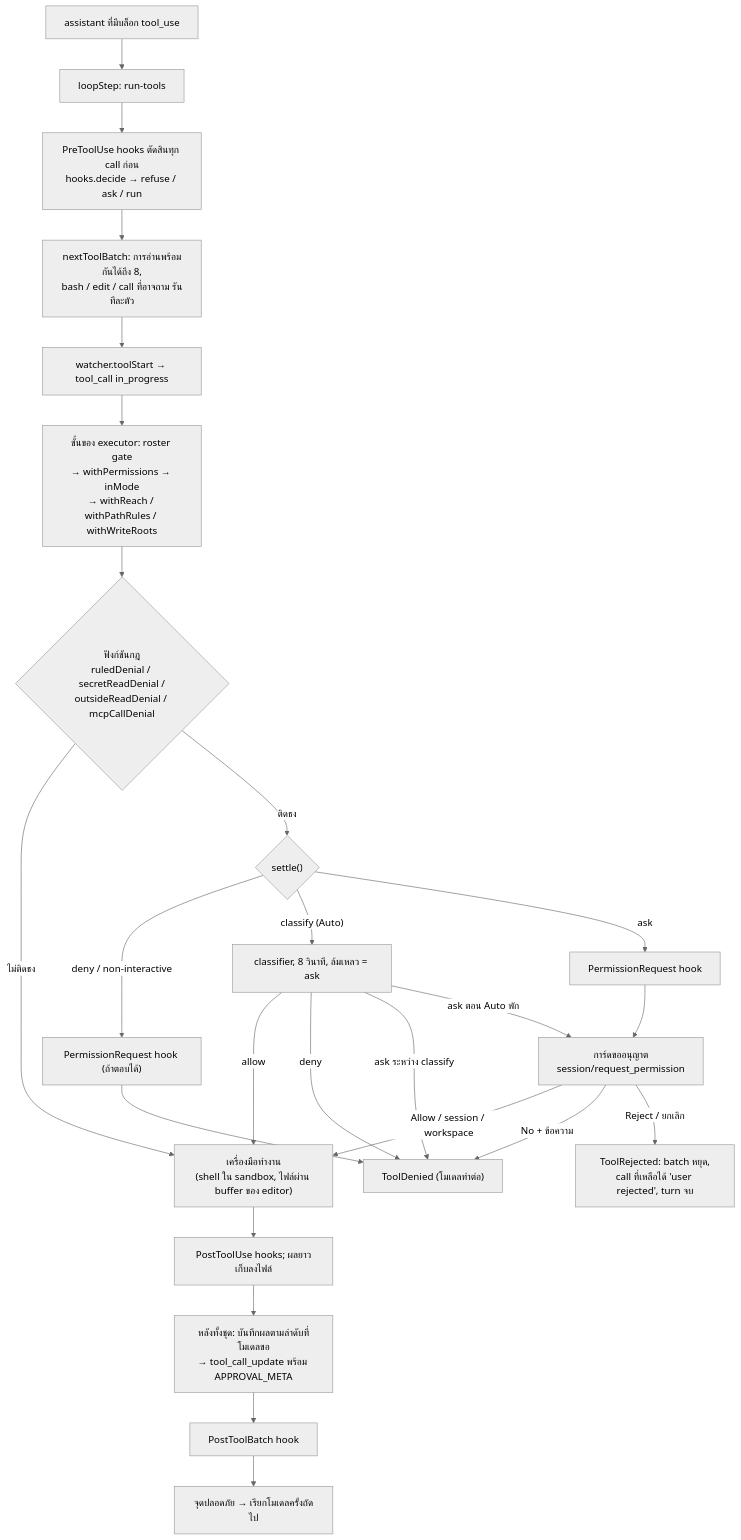
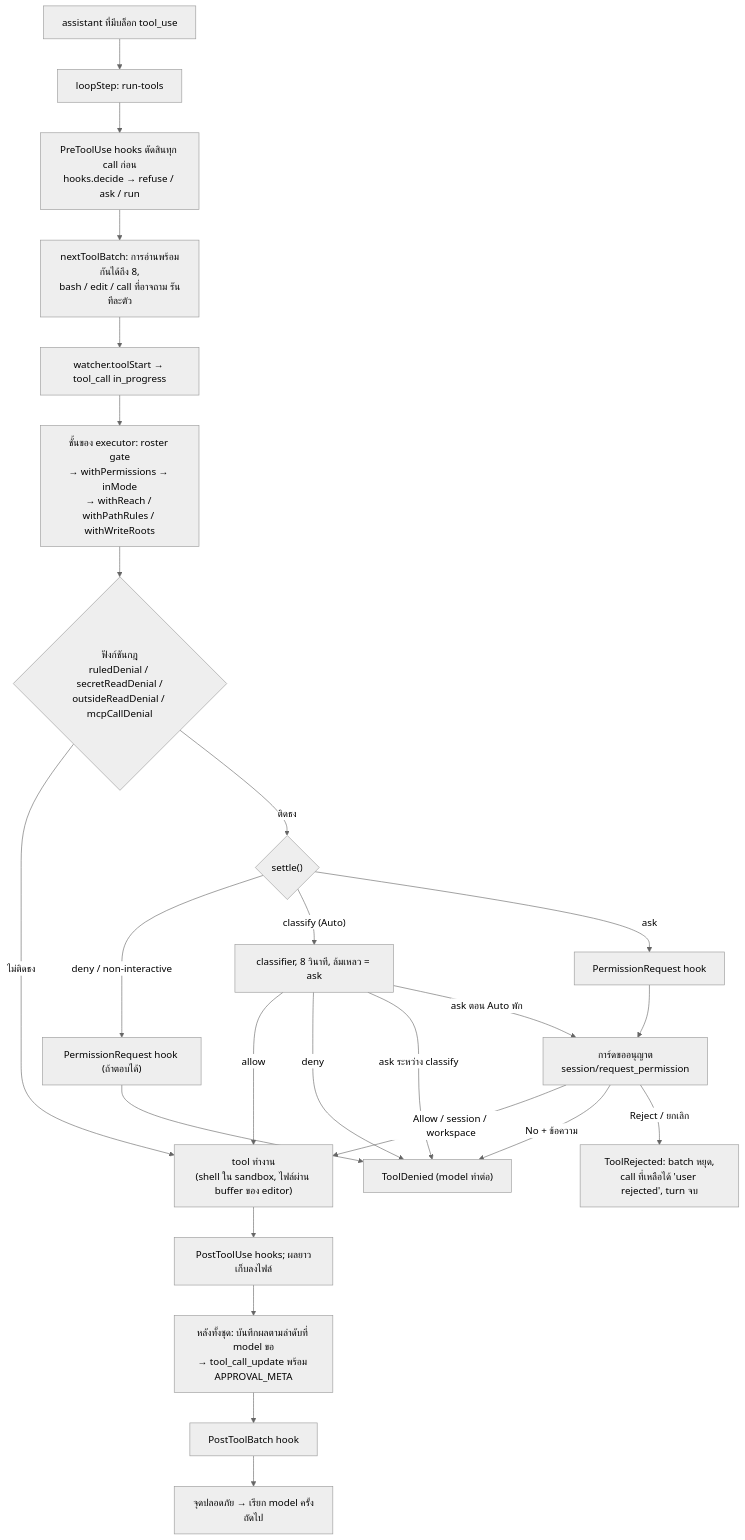
The diagram in packages/docs/src/content/docs/concepts/tool-pipeline.md (GA-MO/geno), drawn with Mermaid (neutral theme) before and after one commit. The commit also changed other lines of this file and 133 other files, not shown here.

First line of the commit message:
Write model, tool, turn and subagent in English in every page, as the language rule says

````diff
--- a/packages/docs/src/content/docs/concepts/tool-pipeline.md
+++ b/packages/docs/src/content/docs/concepts/tool-pipeline.md
@@ -10,24 +10,24 @@
 ```mermaid
 flowchart TD
   A["assistant ที่มีบล็อก tool_use"] --> B["loopStep: run-tools"]
   B --> H["PreToolUse hooks ตัดสินทุก call ก่อน<br/>hooks.decide → refuse / ask / run"]
   H --> N["nextToolBatch: การอ่านพร้อมกันได้ถึง 8,<br/>bash / edit / call ที่อาจถาม รันทีละตัว"]
   N --> S["watcher.toolStart → tool_call in_progress"]
   S --> X["ชั้นของ executor: roster gate<br/>→ withPermissions → inMode<br/>→ withReach / withPathRules / withWriteRoots"]
   X --> R{"ฟังก์ชันกฎ<br/>ruledDenial / secretReadDenial /<br/>outsideReadDenial / mcpCallDenial"}
-  R -- "ไม่ติดธง" --> RUN["เครื่องมือทำงาน<br/>(shell ใน sandbox, ไฟล์ผ่าน buffer ของ editor)"]
+  R -- "ไม่ติดธง" --> RUN["tool ทำงาน<br/>(shell ใน sandbox, ไฟล์ผ่าน buffer ของ editor)"]
   R -- "ติดธง" --> ST{"settle()"}
-  ST -- "deny / non-interactive" --> PRH1["PermissionRequest hook (ถ้าตอบได้)"] --> DEN["ToolDenied (โมเดลทำต่อ)"]
+  ST -- "deny / non-interactive" --> PRH1["PermissionRequest hook (ถ้าตอบได้)"] --> DEN["ToolDenied (model ทำต่อ)"]
   ST -- "classify (Auto)" --> CL["classifier, 8 วินาที, ล้มเหลว = ask"]
   CL -- allow --> RUN
   CL -- deny --> DEN
   CL -- "ask ระหว่าง classify" --> DEN
   CL -- "ask ตอน Auto พัก" --> CARD
   ST -- "ask" --> PRH2["PermissionRequest hook"] --> CARD["การ์ดขออนุญาต<br/>session/request_permission"]
   CARD -- "Allow / session / workspace" --> RUN
   CARD -- "No + ข้อความ" --> DEN
   CARD -- "Reject / ยกเลิก" --> REJ["ToolRejected: batch หยุด,<br/>call ที่เหลือได้ 'user rejected', turn จบ"]
   RUN --> POST["PostToolUse hooks; ผลยาวเก็บลงไฟล์"]
-  POST --> LOGR["หลังทั้งชุด: บันทึกผลตามลำดับที่โมเดลขอ<br/>→ tool_call_update พร้อม APPROVAL_META"]
-  LOGR --> PB["PostToolBatch hook"] --> NEXT["จุดปลอดภัย → เรียกโมเดลครั้งถัดไป"]
+  POST --> LOGR["หลังทั้งชุด: บันทึกผลตามลำดับที่ model ขอ<br/>→ tool_call_update พร้อม APPROVAL_META"]
+  LOGR --> PB["PostToolBatch hook"] --> NEXT["จุดปลอดภัย → เรียก model ครั้งถัดไป"]
 ```
````
